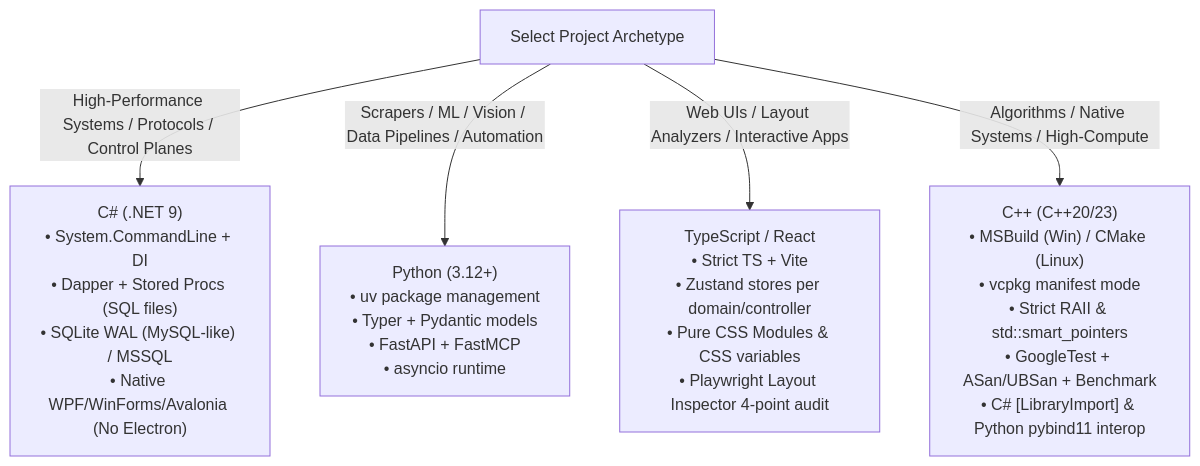
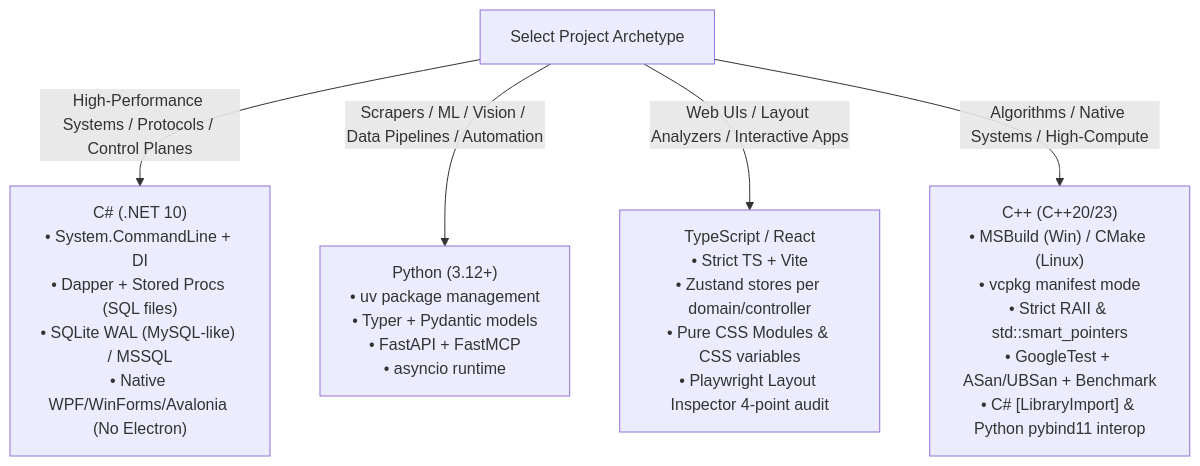
One commit to spelech/AgenticEngineeringToolbelt changed the third of 4 diagrams in docs/standards/engineering-style-guide.md. Above: the diagram before and after it, drawn with Mermaid. The commit also changed other lines of this file and 24 other files, not shown here.

````diff
--- a/docs/standards/engineering-style-guide.md
+++ b/docs/standards/engineering-style-guide.md
@@ -101,8 +101,8 @@
 ```mermaid
 flowchart TD
     Task["Select Project Archetype"]
-    Task -->|High-Performance Systems / Protocols / Control Planes| CSharp["C# (.NET 9)<br>• System.CommandLine + DI<br>• Dapper + Stored Procs (SQL files)<br>• SQLite WAL (MySQL-like) / MSSQL<br>• Native WPF/WinForms/Avalonia (No Electron)"]
+    Task -->|High-Performance Systems / Protocols / Control Planes| CSharp["C# (.NET 10)<br>• System.CommandLine + DI<br>• Dapper + Stored Procs (SQL files)<br>• SQLite WAL (MySQL-like) / MSSQL<br>• Native WPF/WinForms/Avalonia (No Electron)"]
     Task -->|Scrapers / ML / Vision / Data Pipelines / Automation| Python["Python (3.12+)<br>• uv package management<br>• Typer + Pydantic models<br>• FastAPI + FastMCP<br>• asyncio runtime"]
     Task -->|Web UIs / Layout Analyzers / Interactive Apps| TypeScript["TypeScript / React<br>• Strict TS + Vite<br>• Zustand stores per domain/controller<br>• Pure CSS Modules & CSS variables<br>• Playwright Layout Inspector 4-point audit"]
     Task -->|Algorithms / Native Systems / High-Compute| Cpp["C++ (C++20/23)<br>• MSBuild (Win) / CMake (Linux)<br>• vcpkg manifest mode<br>• Strict RAII & std::smart_pointers<br>• GoogleTest + ASan/UBSan + Benchmark<br>• C# [LibraryImport] & Python pybind11 interop"]
 ```
````
